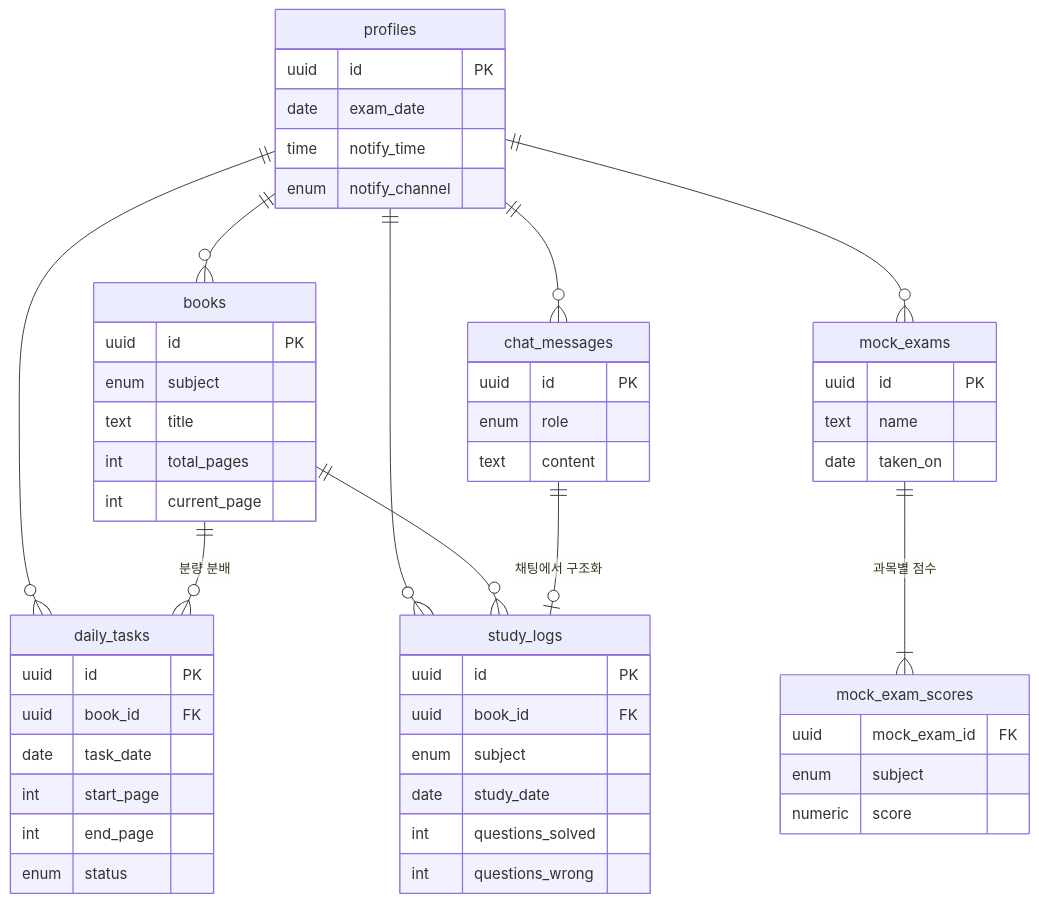
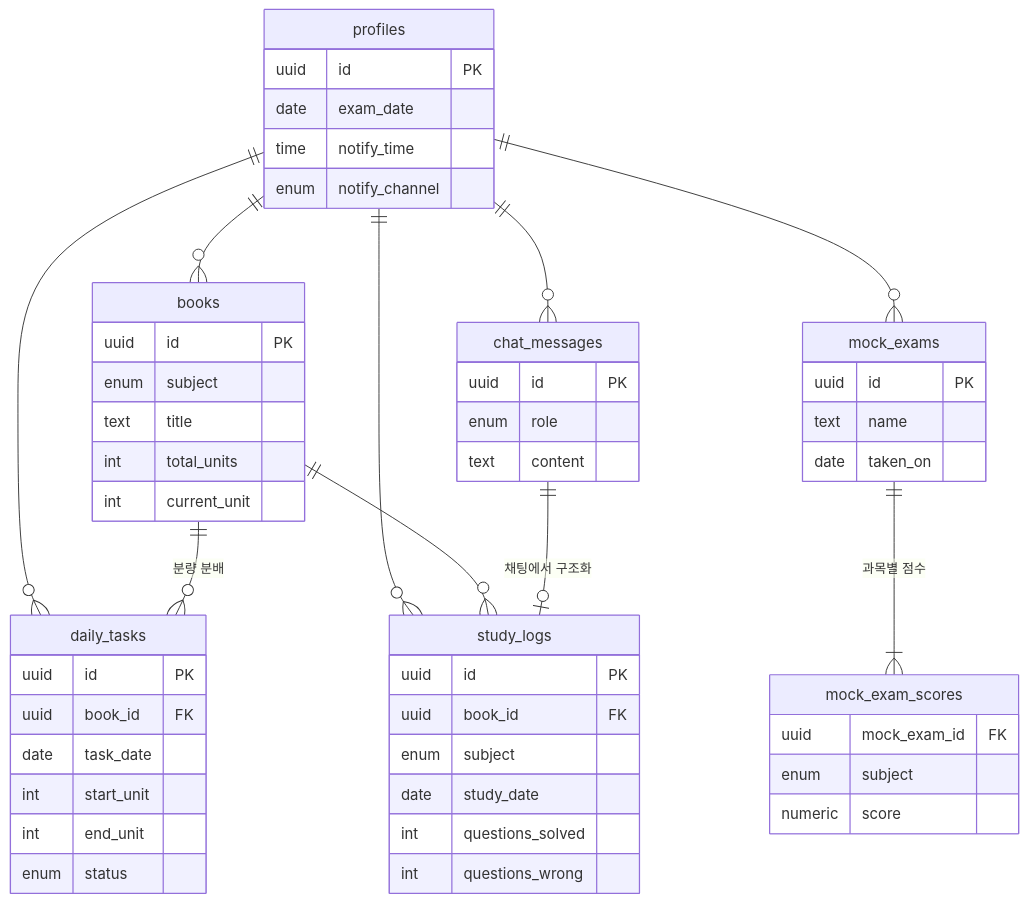
One commit to ide05484/Study-Agent changed the second of 2 diagrams in README.md. Above: the diagram before and after it, drawn with Mermaid. The commit also changed 22 other files, not shown here.

````diff
--- a/README.md
+++ b/README.md
@@ -152,57 +152,57 @@
 ```mermaid
 erDiagram
     profiles ||--o{ books : ""
     profiles ||--o{ daily_tasks : ""
     profiles ||--o{ study_logs : ""
     profiles ||--o{ chat_messages : ""
     profiles ||--o{ mock_exams : ""
     books ||--o{ daily_tasks : "분량 분배"
     books ||--o{ study_logs : ""
     chat_messages ||--o| study_logs : "채팅에서 구조화"
     mock_exams ||--|{ mock_exam_scores : "과목별 점수"
 
     profiles {
         uuid id PK
         date exam_date
         time notify_time
         enum notify_channel
     }
     books {
         uuid id PK
         enum subject
         text title
-        int total_pages
-        int current_page
+        int total_units
+        int current_unit
     }
     daily_tasks {
         uuid id PK
         uuid book_id FK
         date task_date
-        int start_page
-        int end_page
+        int start_unit
+        int end_unit
         enum status
     }
     study_logs {
         uuid id PK
         uuid book_id FK
         enum subject
         date study_date
         int questions_solved
         int questions_wrong
     }
     chat_messages {
         uuid id PK
         enum role
         text content
     }
     mock_exams {
         uuid id PK
         text name
         date taken_on
     }
     mock_exam_scores {
         uuid mock_exam_id FK
         enum subject
         numeric score
     }
 ```
````
